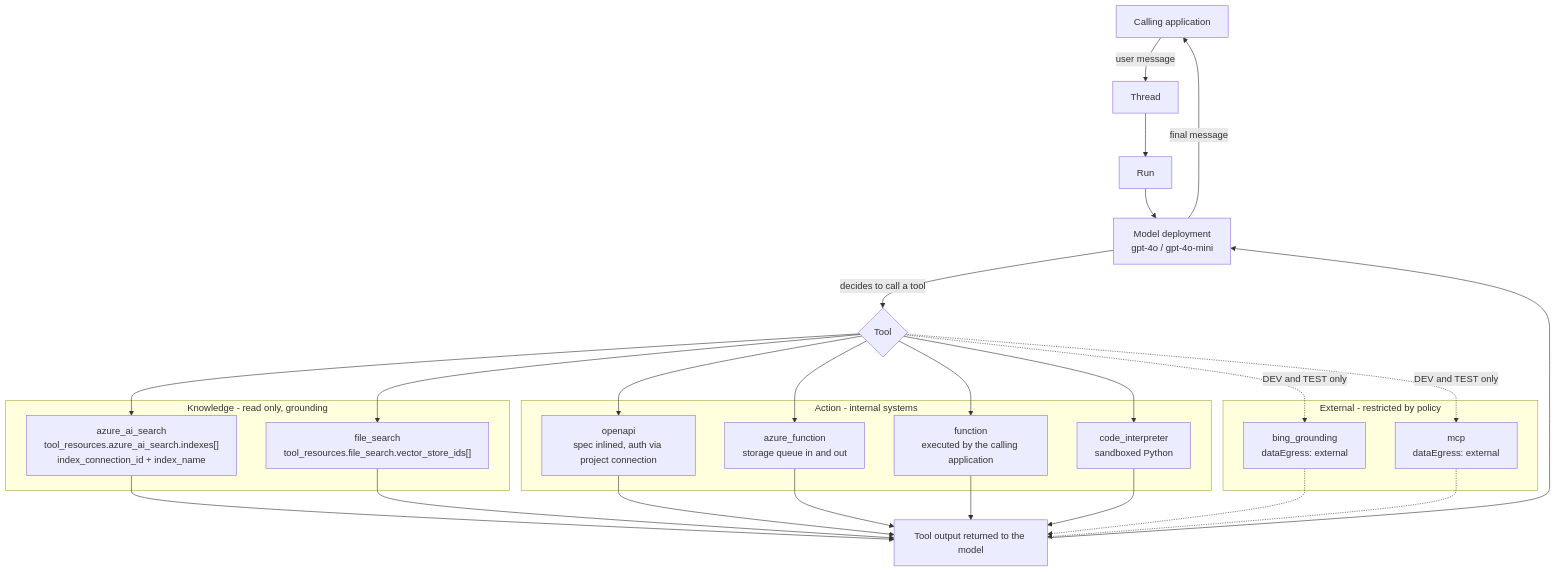
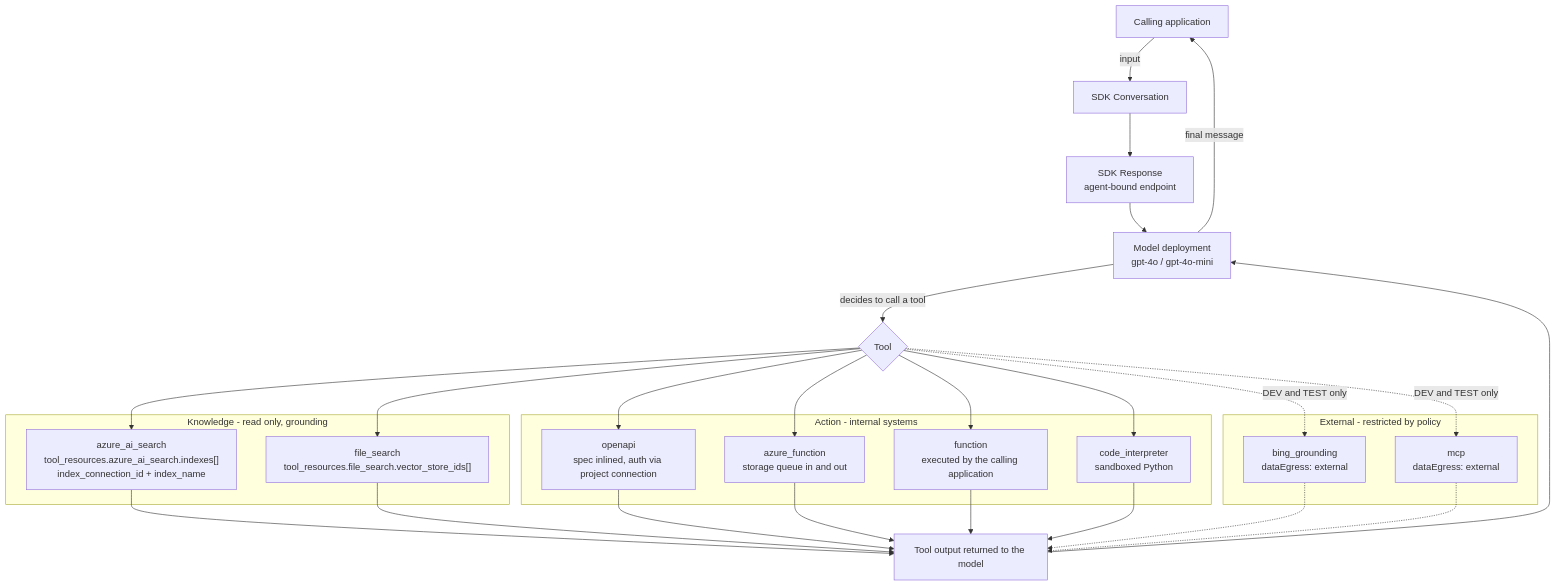
The second of 4 diagrams in docs/diagrams/agent-knowledge-tools.md (rob-mckenna/foundry-prompt-agent-cicd-accelerator), drawn with Mermaid before and after one commit. The commit also changed other lines of this file and 56 other files, not shown here.

````diff
--- a/docs/diagrams/agent-knowledge-tools.md
+++ b/docs/diagrams/agent-knowledge-tools.md
@@ -32,44 +37,44 @@
 ```mermaid
 flowchart TB
-    USER["Calling application"] -->|user message| THREAD["Thread"]
-    THREAD --> RUN["Run"]
+    USER["Calling application"] -->|input| THREAD["SDK Conversation"]
+    THREAD --> RUN["SDK Response<br/>agent-bound endpoint"]
     RUN --> MODEL["Model deployment<br/>gpt-4o / gpt-4o-mini"]
     MODEL -->|decides to call a tool| DISPATCH{"Tool"}
 
     subgraph KNOWLEDGE["Knowledge - read only, grounding"]
         AIS["azure_ai_search<br/>tool_resources.azure_ai_search.indexes[]<br/>index_connection_id + index_name"]
         FS["file_search<br/>tool_resources.file_search.vector_store_ids[]"]
     end
 
     subgraph ACTION["Action - internal systems"]
         OAPI["openapi<br/>spec inlined, auth via project connection"]
         AFUNC["azure_function<br/>storage queue in and out"]
         CFUNC["function<br/>executed by the calling application"]
         CI["code_interpreter<br/>sandboxed Python"]
     end
 
     subgraph EXTERNAL["External - restricted by policy"]
         BING["bing_grounding<br/>dataEgress: external"]
         MCP["mcp<br/>dataEgress: external"]
     end
 
     DISPATCH --> AIS
     DISPATCH --> FS
     DISPATCH --> OAPI
     DISPATCH --> AFUNC
     DISPATCH --> CFUNC
     DISPATCH --> CI
     DISPATCH -.->|DEV and TEST only| BING
     DISPATCH -.->|DEV and TEST only| MCP
 
     AIS --> RESULT["Tool output returned to the model"]
     FS --> RESULT
     OAPI --> RESULT
     AFUNC --> RESULT
     CFUNC --> RESULT
     CI --> RESULT
     BING -.-> RESULT
     MCP -.-> RESULT
     RESULT --> MODEL
     MODEL -->|final message| USER
 ```
````
